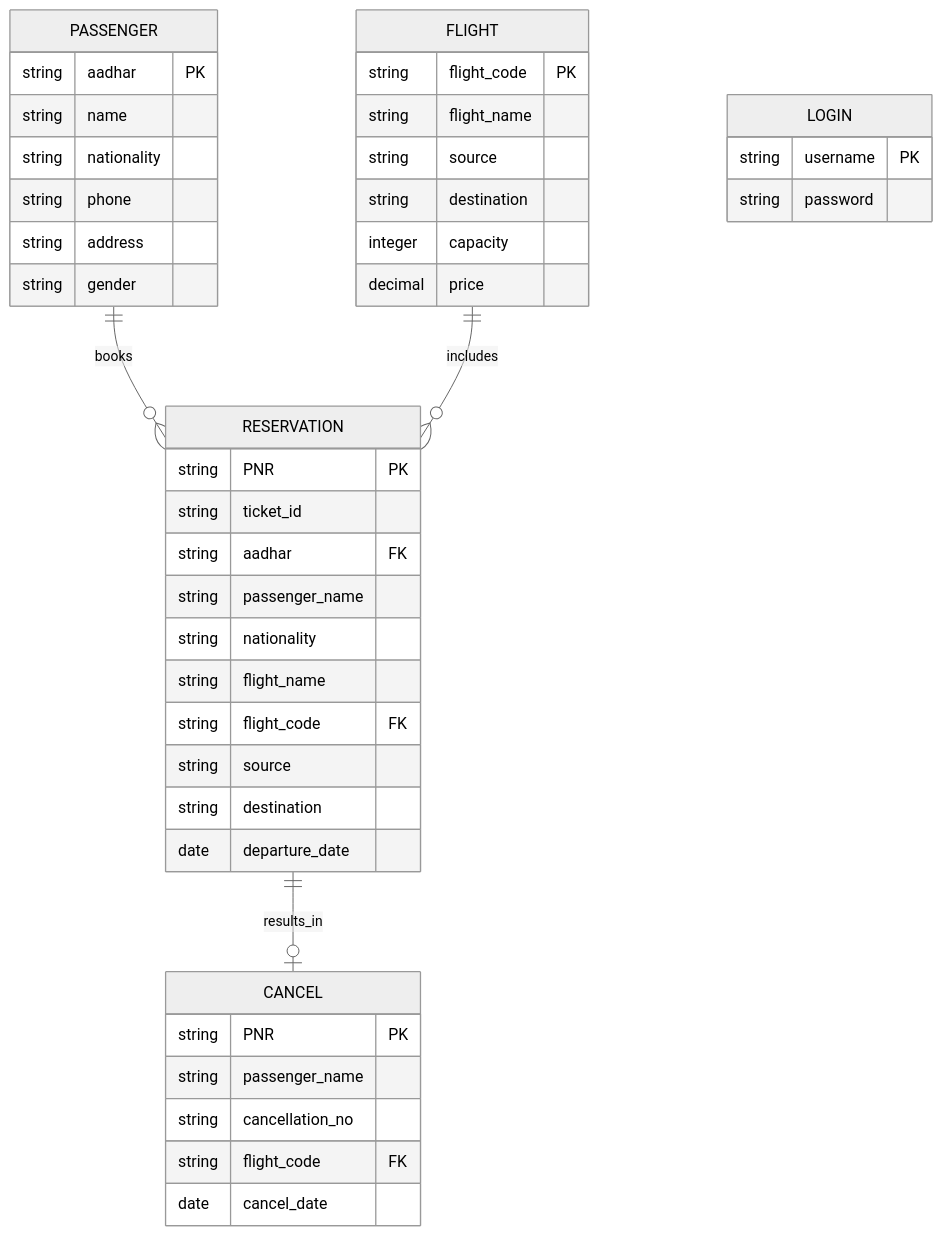
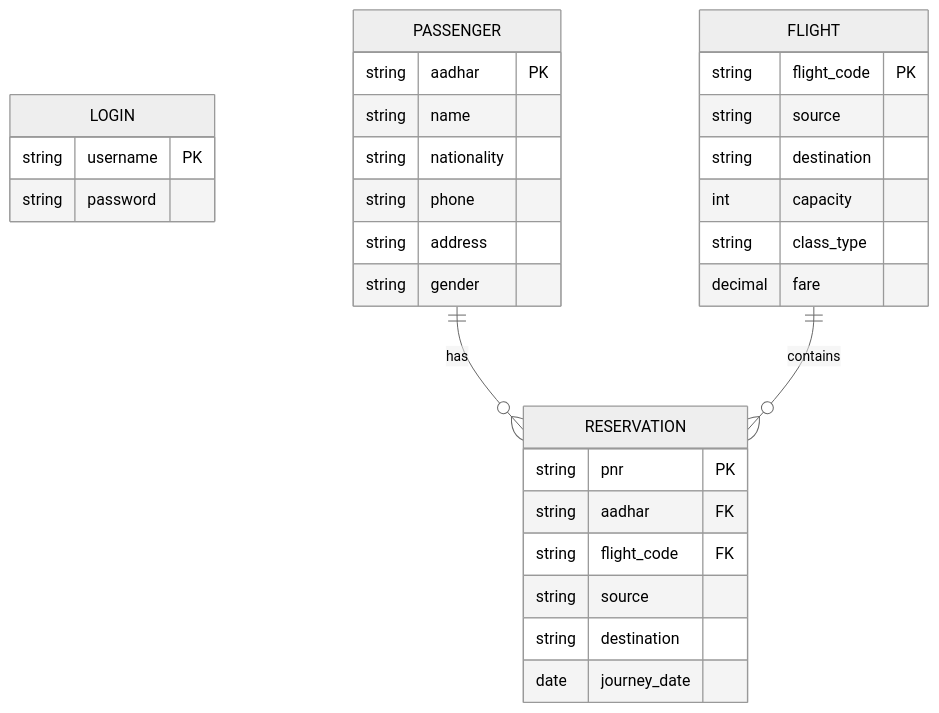
The diagram in docs/database.md (Barath-07-tech/codebase_doc), drawn with Mermaid (neutral theme) before and after one commit. The commit also changed other lines of this file and 15 other files, not shown here.

````diff
--- a/docs/database.md
+++ b/docs/database.md
@@ -16,45 +30,37 @@
 ```mermaid
 erDiagram
-    PASSENGER ||--o{ RESERVATION : books
-    FLIGHT ||--o{ RESERVATION : includes
-    RESERVATION ||--o| CANCEL : results_in
     LOGIN {
         string username PK
         string password
     }
+
     PASSENGER {
         string aadhar PK
         string name
         string nationality
         string phone
         string address
         string gender
     }
-    FLIGHT {
-        string flight_code PK
-        string flight_name
-        string source
-        string destination
-        integer capacity
-        decimal price
-    }
+
     RESERVATION {
-        string PNR PK
-        string ticket_id
+        string pnr PK
         string aadhar FK
-        string passenger_name
-        string nationality
-        string flight_name
         string flight_code FK
         string source
         string destination
-        date departure_date
+        date journey_date
     }
-    CANCEL {
-        string PNR PK
-        string passenger_name
-        string cancellation_no
-        string flight_code FK
-        date cancel_date
+
+    FLIGHT {
+        string flight_code PK
+        string source
+        string destination
+        int capacity
+        string class_type
+        decimal fare
     }
+
+    PASSENGER ||--o{ RESERVATION : has
+    FLIGHT ||--o{ RESERVATION : contains
 ```
````
